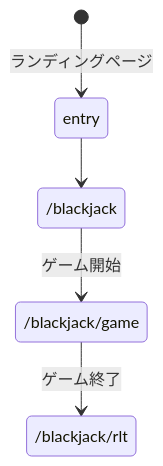
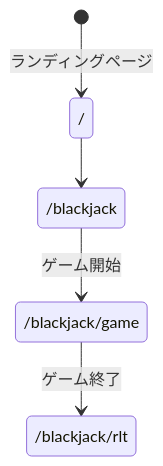
The fourth of 4 diagrams in wpro04.md (iotaish/uni), drawn with Mermaid before and after one commit.

Commit message:
fix(blackjack): add missing entry state for landing page in state diagram

````diff
--- a/wpro04.md
+++ b/wpro04.md
@@ -39,10 +39,12 @@
 ```mermaid
 stateDiagram-v2
     [*] --> entry: ランディングページ
     entry --> stt
     stt --> game: ゲーム開始
     game --> rlt: ゲーム終了
+
+    entry: /
     stt: /blackjack
     game: /blackjack/game
     rlt: /blackjack/rlt
 ```
````
